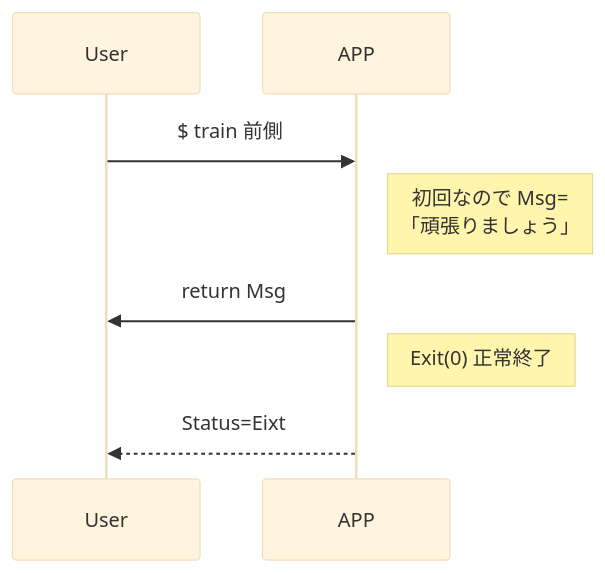
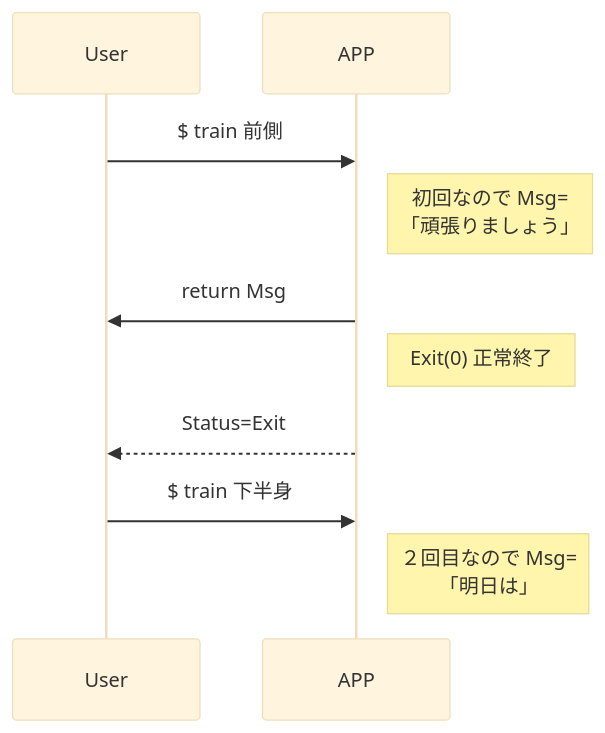
One commit to lamplusoka/train_Muscle changed the first of 2 diagrams in flow.md. Above: the diagram before and after it, drawn with Mermaid (base theme). The commit also changed other lines of this file, not shown here.

Commit message:
flow.md updated from https://stackedit.io/

````diff
--- a/flow.md
+++ b/flow.md
@@ -4,8 +4,11 @@
 ```mermaid
 sequenceDiagram
 User->> APP: $ train 前側
 Note right of APP:初回なので Msg=<br>「頑張りましょう」
-APP->> User: return Msg
+APP ->> User: return Msg
 Note right of APP: Exit(0) 正常終了
-APP-->>User: Status=Eixt
+APP -->>User: Status=Exit
+User->> APP: $ train 下半身
+Note right of APP:２回目なので Msg=<br>「明日は」
+
 ```
````
